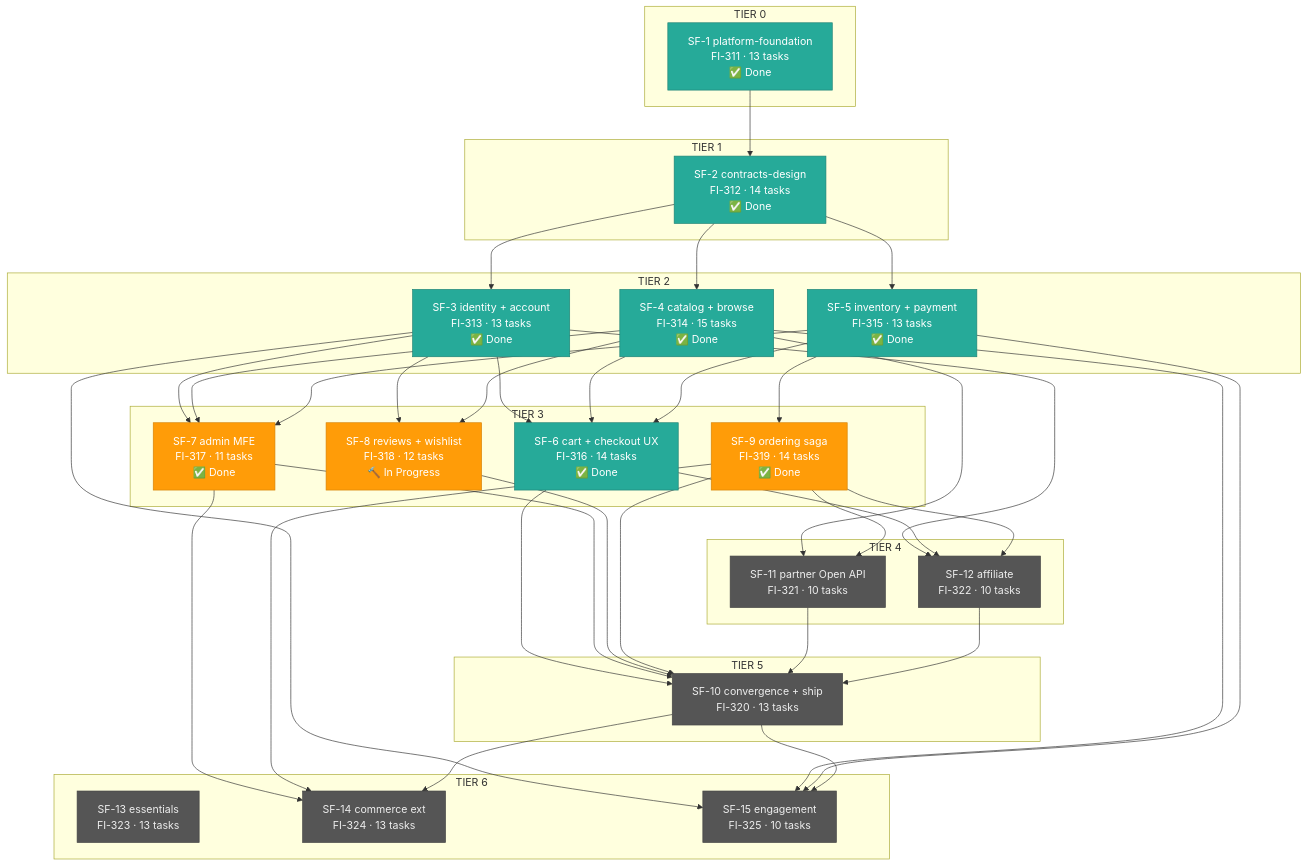
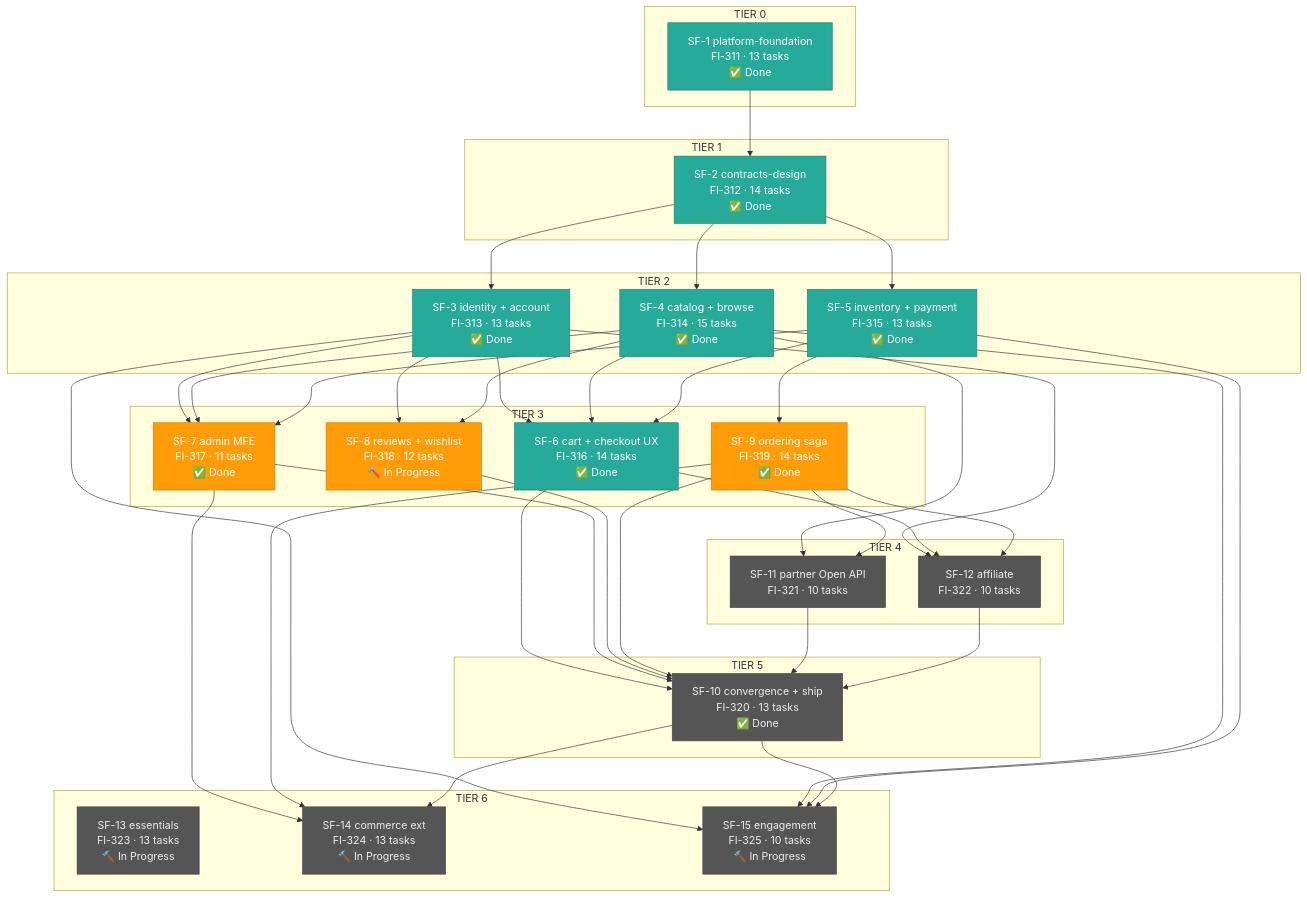
One commit to wakii-dev/ecommerce changed the second of 2 diagrams in README.md. Above: the diagram before and after it, drawn with Mermaid. The commit also changed other lines of this file, not shown here.

Commit message:
docs: SF-10 Done — T6 launched (SF-13/14/15 In Progress), P4 released

````diff
--- a/README.md
+++ b/README.md
@@ -143,69 +143,69 @@
 ```mermaid
 flowchart TD
     subgraph T0["TIER 0"]
         N1["SF-1 platform-foundation<br/>FI-311 · 13 tasks<br/>✅ Done"]
     end
     subgraph T1["TIER 1"]
         N2["SF-2 contracts-design<br/>FI-312 · 14 tasks<br/>✅ Done"]
     end
     subgraph T2["TIER 2"]
         N3["SF-3 identity + account<br/>FI-313 · 13 tasks<br/>✅ Done"]
         N4["SF-4 catalog + browse<br/>FI-314 · 15 tasks<br/>✅ Done"]
         N5["SF-5 inventory + payment<br/>FI-315 · 13 tasks<br/>✅ Done"]
     end
     subgraph T3["TIER 3"]
         N6["SF-6 cart + checkout UX<br/>FI-316 · 14 tasks<br/>✅ Done"]
         N7["SF-7 admin MFE<br/>FI-317 · 11 tasks<br/>✅ Done"]
         N8["SF-8 reviews + wishlist<br/>FI-318 · 12 tasks<br/>🔨 In Progress"]
         N9["SF-9 ordering saga<br/>FI-319 · 14 tasks<br/>✅ Done"]
     end
     subgraph T4["TIER 4"]
         N11["SF-11 partner Open API<br/>FI-321 · 10 tasks"]
         N12["SF-12 affiliate<br/>FI-322 · 10 tasks"]
     end
     subgraph T5["TIER 5"]
-        N10["SF-10 convergence + ship<br/>FI-320 · 13 tasks"]
+        N10["SF-10 convergence + ship<br/>FI-320 · 13 tasks<br/>✅ Done"]
     end
     subgraph T6["TIER 6"]
-        N13["SF-13 essentials<br/>FI-323 · 13 tasks"]
-        N14["SF-14 commerce ext<br/>FI-324 · 13 tasks"]
-        N15["SF-15 engagement<br/>FI-325 · 10 tasks"]
+        N13["SF-13 essentials<br/>FI-323 · 13 tasks<br/>🔨 In Progress"]
+        N14["SF-14 commerce ext<br/>FI-324 · 13 tasks<br/>🔨 In Progress"]
+        N15["SF-15 engagement<br/>FI-325 · 10 tasks<br/>🔨 In Progress"]
     end
     N1 --> N2
     N2 --> N3
     N2 --> N4
     N2 --> N5
     N3 --> N6
     N4 --> N6
     N5 --> N6
     N3 --> N7
     N4 --> N7
     N5 --> N7
     N3 --> N8
     N4 --> N8
     N5 --> N9
     N4 --> N11
     N9 --> N11
     N3 --> N12
     N6 --> N12
     N9 --> N12
     N7 --> N14
     N9 --> N14
     N10 --> N14
     N3 --> N15
     N4 --> N15
     N5 --> N15
     N10 --> N15
     N6 --> N10
     N7 --> N10
     N8 --> N10
     N9 --> N10
     N11 --> N10
     N12 --> N10
     classDef done fill:#26AA99,stroke:#1d8275,color:#fff
     classDef running fill:#FF9C08,stroke:#d68206,color:#fff
     classDef todo fill:#555,stroke:#444,color:#eee
     class N1,N2,N3,N4,N5,N6 done
     class N7,N8,N9 running
     class N10,N11,N12,N13,N14,N15 todo
 ```
````
